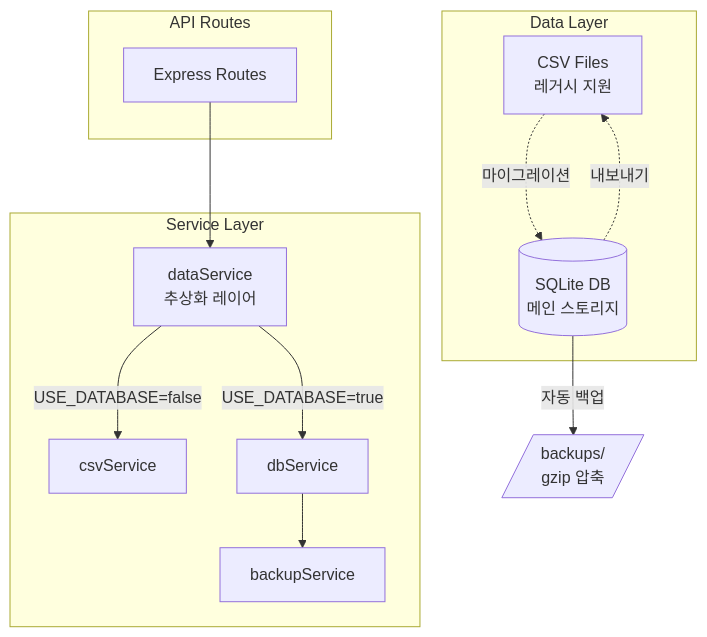
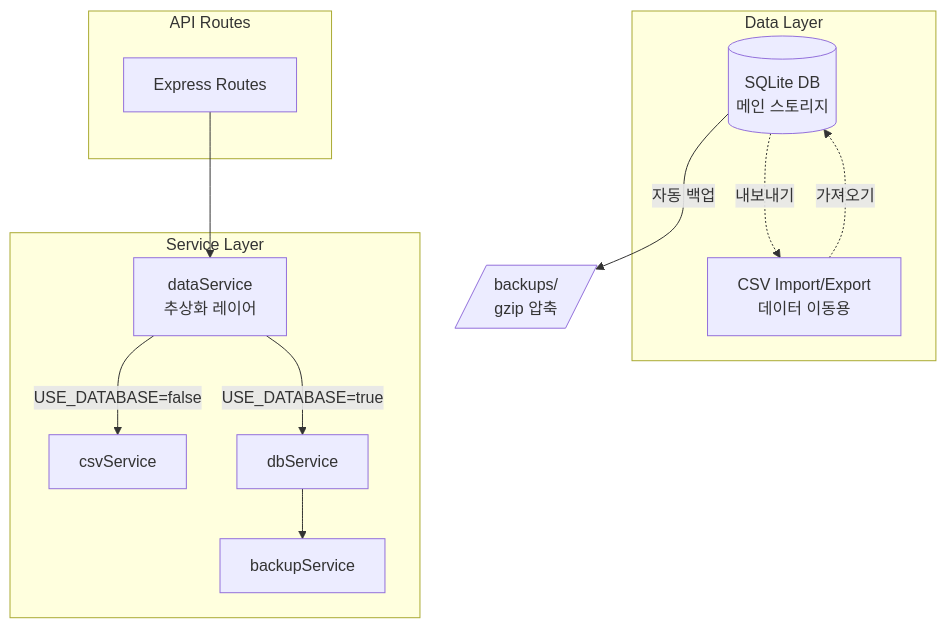
One commit to pghoya2956/QR-Entrance-System changed the fifth of 5 diagrams in CLAUDE.md. Above: the diagram before and after it, drawn with Mermaid. The commit also changed other lines of this file and 36 other files, not shown here.

````diff
--- a/CLAUDE.md
+++ b/CLAUDE.md
@@ -351,28 +250,28 @@
 ```mermaid
 graph TB
     subgraph "Data Layer"
-        CSV[CSV Files<br/>레거시 지원]
         DB[(SQLite DB<br/>메인 스토리지)]
+        CSV[CSV Import/Export<br/>데이터 이동용]
         
-        CSV -.->|마이그레이션| DB
+        CSV -.->|가져오기| DB
         DB -.->|내보내기| CSV
     end
     
     subgraph "Service Layer"
         DS[dataService<br/>추상화 레이어]
         CS[csvService]
         DBS[dbService]
         BS[backupService]
         
         DS -->|USE_DATABASE=false| CS
         DS -->|USE_DATABASE=true| DBS
         DBS --> BS
     end
     
     subgraph "API Routes"
         API[Express Routes]
         API --> DS
     end
     
     DB -->|자동 백업| BK[/backups/<br/>gzip 압축/]
 ```
````
